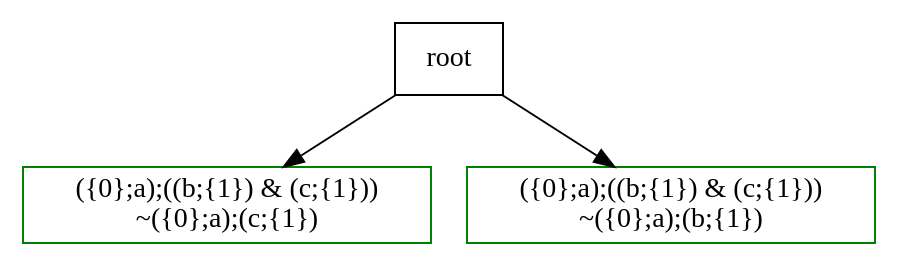
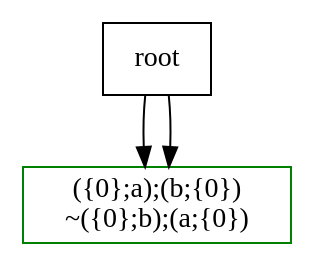
One commit to jangreen/rat changed the diagram in output/regular.dot. Above: the diagram before and after it, drawn with Graphviz. The commit also changed 5 other files, not shown here.

```diff
--- a/output/regular.dot
+++ b/output/regular.dot
@@ -1,15 +1,10 @@
 digraph {
 node[shape="box"]
-N0x151305760[tooltip="9656649337281772595
+N0x147704800[tooltip="13758639467725568354
 
-", label="({0};a);((b;{1}) & (c;{1}))
-~({0};a);(c;{1})
+", label="({0};a);(b;{0})
+~({0};b);(a;{0})
 ", color=green];
-root -> N0x151305760;
-N0x151305810[tooltip="1276544960393502803
-
-", label="({0};a);((b;{1}) & (c;{1}))
-~({0};a);(b;{1})
-", color=green];
-root -> N0x151305810;
+root -> N0x147704800;
+root -> N0x147704800;
 }
```
